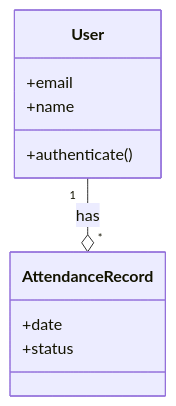
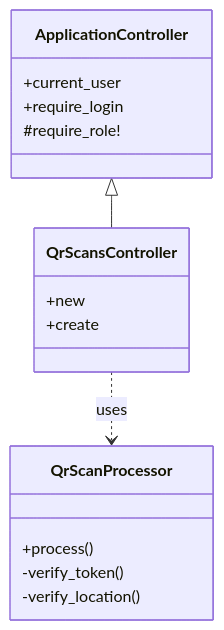
The fourth of 5 diagrams in 解説.md (syusyusyusyu/Attendance), drawn with Mermaid before and after one commit. The commit also changed other lines of this file, not shown here.

````diff
--- a/解説.md
+++ b/解説.md
@@ -417,13 +992,20 @@
 ```mermaid
 classDiagram
-  class User {
-    +email
-    +name
-    +authenticate()
+  class ApplicationController {
+    +current_user
+    +require_login
+    #require_role!
   }
-  class AttendanceRecord {
-    +date
-    +status
+  class QrScansController {
+    +new
+    +create
   }
-  User "1" --o "*" AttendanceRecord : has
+  class QrScanProcessor {
+    +process()
+    -verify_token()
+    -verify_location()
+  }
+  
+  ApplicationController <|-- QrScansController
+  QrScansController ..> QrScanProcessor : uses
 ```
````
